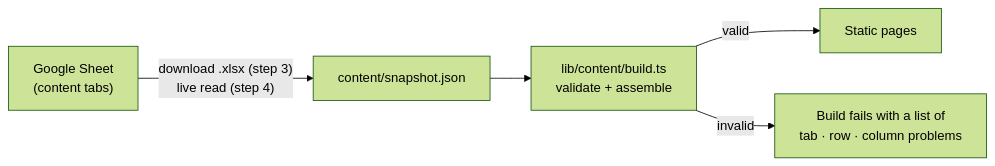
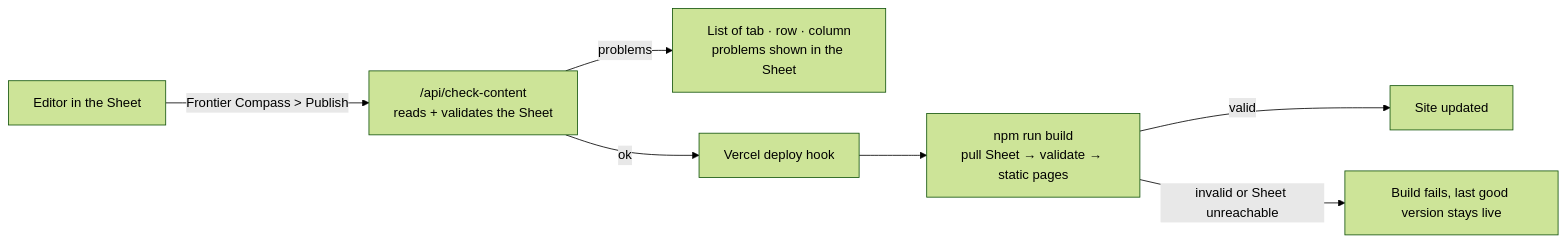
One commit to tianpenguin/frontier-compass changed the diagram in README.md. Above: the diagram before and after it, drawn with Mermaid (forest theme). The commit also changed other lines of this file and 7 other files, not shown here.

First line of the commit message:
Read content from the live Google Sheet; add Check/Publish menu for the Sheet

````diff
--- a/README.md
+++ b/README.md
@@ -8,7 +8,9 @@
 ```mermaid
 flowchart LR
-  GS["Google Sheet<br/>(content tabs)"] -->|"download .xlsx (step 3)<br/>live read (step 4)"| SNAP["content/snapshot.json"]
-  SNAP --> V["lib/content/build.ts<br/>validate + assemble"]
-  V -->|valid| PAGES["Static pages"]
-  V -->|invalid| FAIL["Build fails with a list of<br/>tab · row · column problems"]
+  ED["Editor in the Sheet"] -->|"Frontier Compass > Publish"| CHK["/api/check-content<br/>reads + validates the Sheet"]
+  CHK -->|problems| BACK["List of tab · row · column<br/>problems shown in the Sheet"]
+  CHK -->|ok| HOOK["Vercel deploy hook"]
+  HOOK --> BUILD["npm run build<br/>pull Sheet → validate → static pages"]
+  BUILD -->|valid| LIVE["Site updated"]
+  BUILD -->|invalid or Sheet unreachable| KEEP["Build fails, last good version stays live"]
 ```
````
